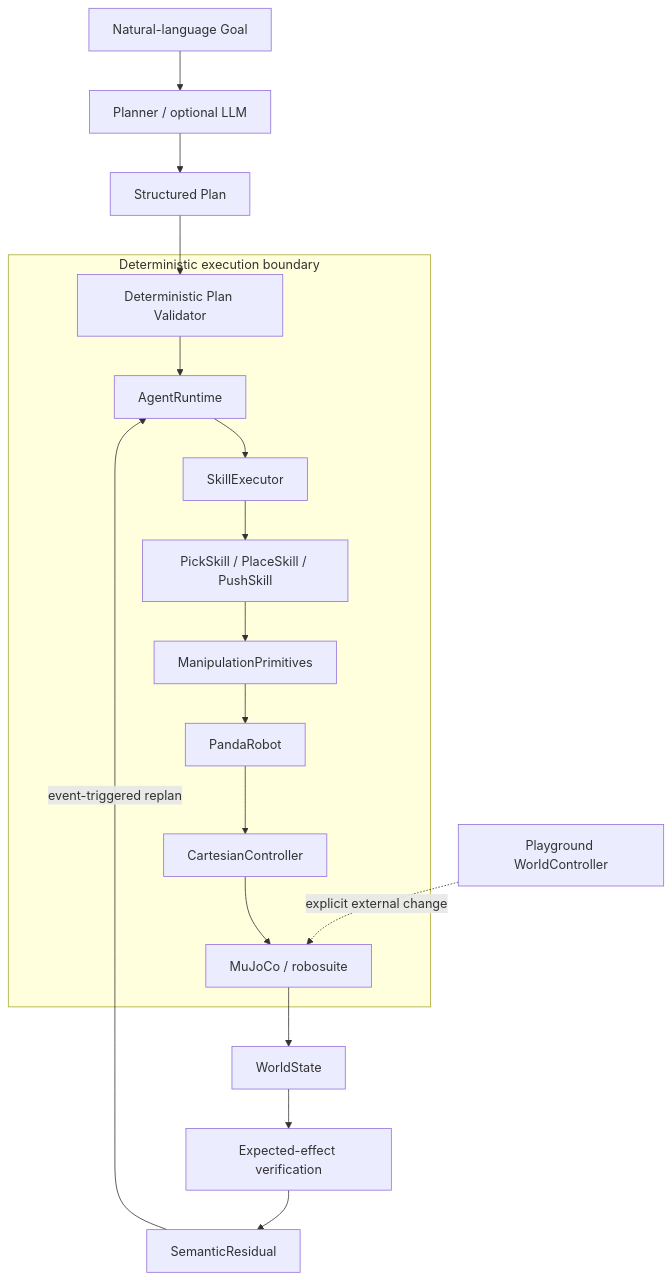
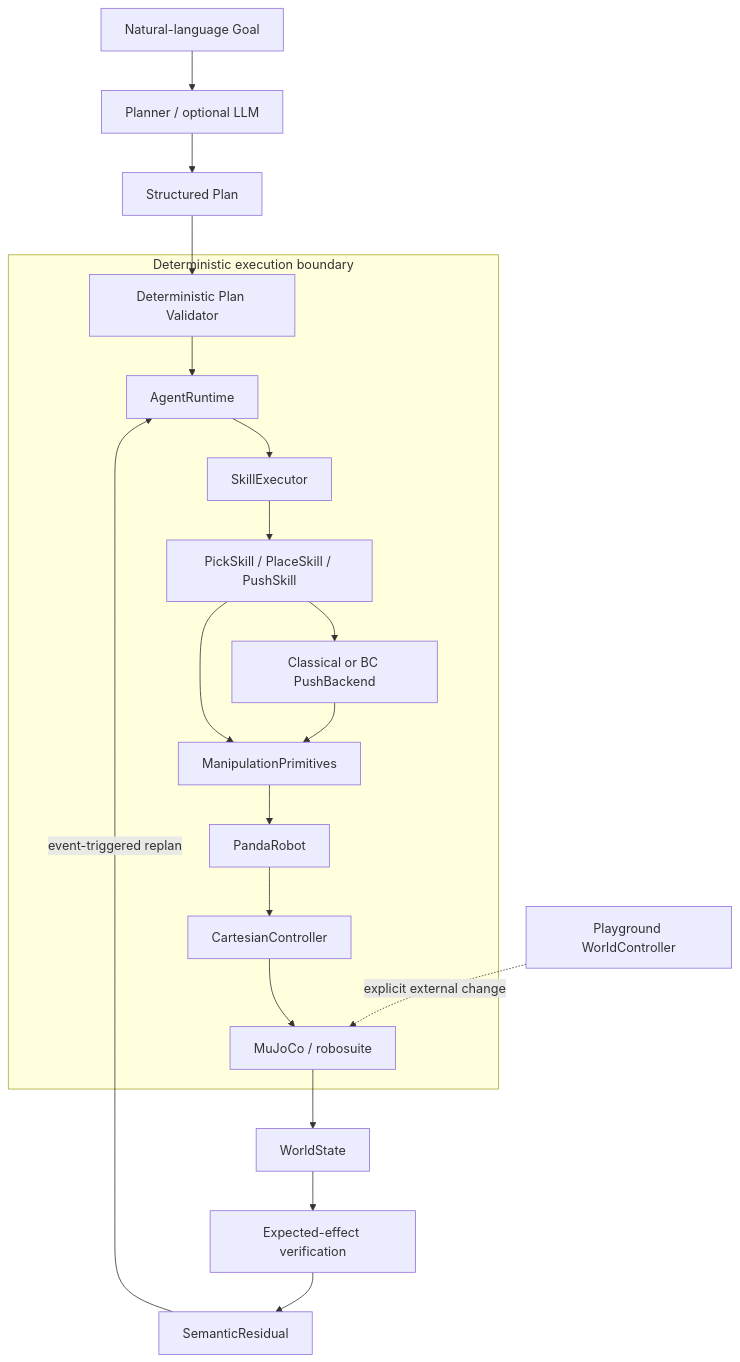
One commit to Block-O2/semantic-manipulation-stack changed the diagram in README.md. Above: the diagram before and after it, drawn with Mermaid. The commit also changed other lines of this file and 38 other files, not shown here.

````diff
--- a/README.md
+++ b/README.md
@@ -29,23 +29,25 @@
 ```mermaid
 flowchart TD
     G["Natural-language Goal"] --> P["Planner / optional LLM"]
     P --> SP["Structured Plan"]
     SP --> V["Deterministic Plan Validator"]
 
     subgraph D["Deterministic execution boundary"]
         V --> A["AgentRuntime"]
         A --> E["SkillExecutor"]
         E --> S["PickSkill / PlaceSkill / PushSkill"]
+        S --> PB["Classical or BC PushBackend"]
         S --> M["ManipulationPrimitives"]
+        PB --> M
         M --> R["PandaRobot"]
         R --> C["CartesianController"]
         C --> SIM["MuJoCo / robosuite"]
     end
 
     SIM --> W["WorldState"]
     W --> X["Expected-effect verification"]
     X --> SR["SemanticResidual"]
     SR -->|"event-triggered replan"| A
 
     WC["Playground WorldController"] -. "explicit external change" .-> SIM
 ```
````
